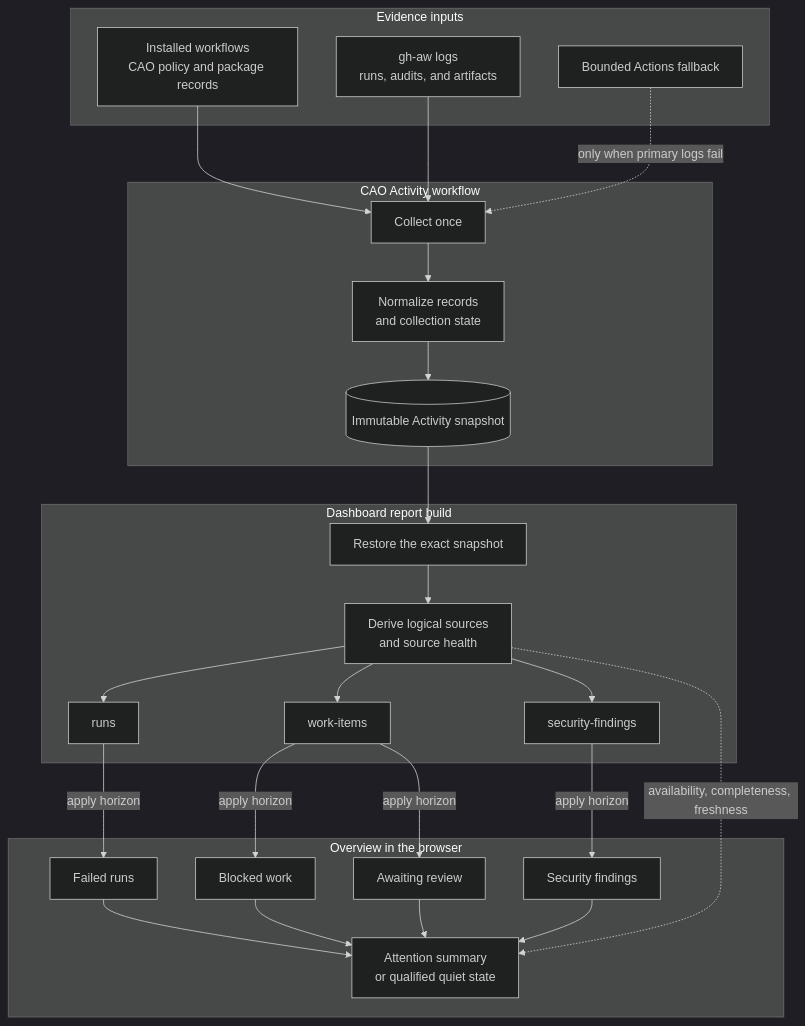
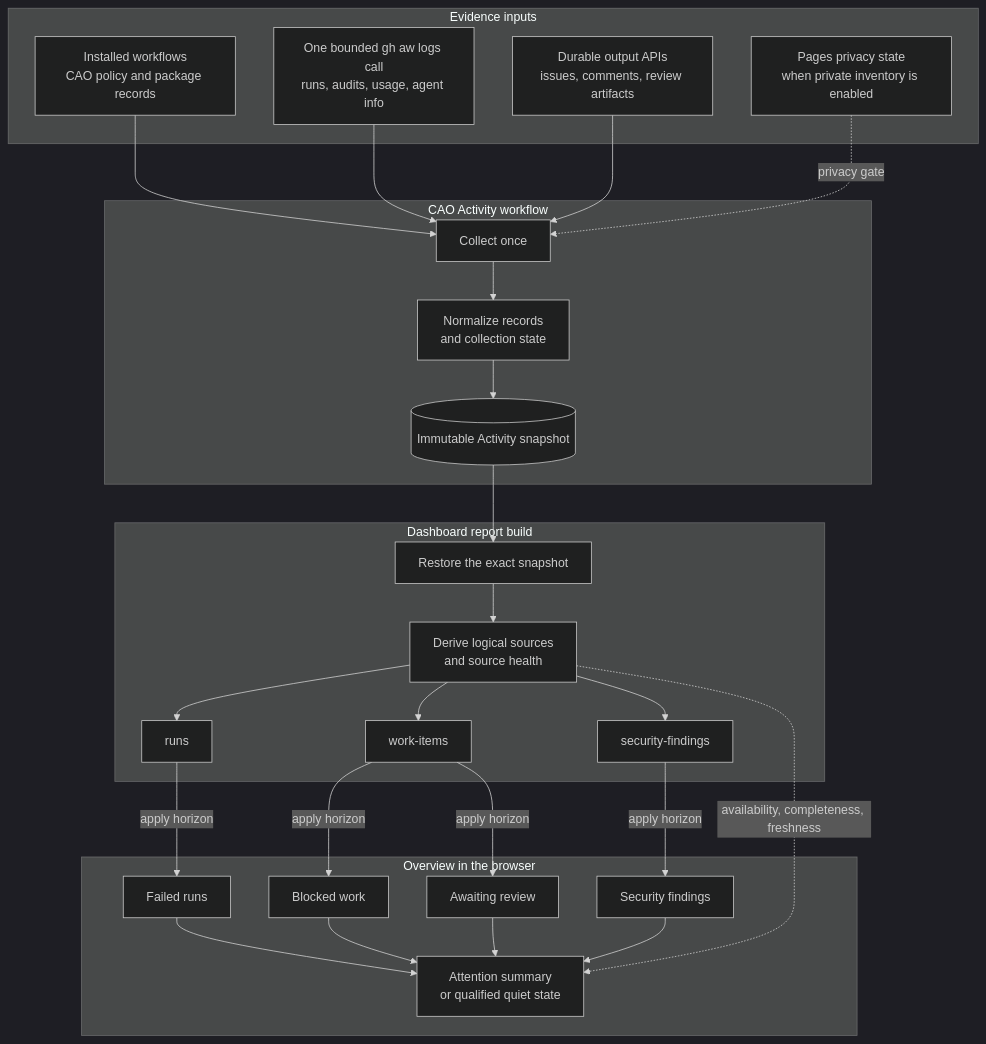
The diagram in docs/activity.md (githubnext/gh-aw-cao), drawn with Mermaid (dark theme) before and after one commit. The commit also changed other lines of this file and 13 other files, not shown here.

````diff
--- a/docs/activity.md
+++ b/docs/activity.md
@@ -23,49 +23,51 @@
 ```mermaid
 flowchart TB
   subgraph inputs[Evidence inputs]
     definitions[Installed workflows<br/>CAO policy and package records]
-    logs[gh-aw logs<br/>runs, audits, and artifacts]
-    fallback[Bounded Actions fallback]
+    logs[One bounded gh aw logs call<br/>runs, audits, usage, agent info]
+    outputs[Durable output APIs<br/>issues, comments, review artifacts]
+    privacy[Pages privacy state<br/>when private inventory is enabled]
   end
 
   subgraph activity[CAO Activity workflow]
     collect[Collect once]
     normalize[Normalize records<br/>and collection state]
     snapshot[(Immutable Activity snapshot)]
     collect --> normalize --> snapshot
   end
 
   subgraph build[Dashboard report build]
     restore[Restore the exact snapshot]
     derive[Derive logical sources<br/>and source health]
     runSource[runs]
     workSource[work-items]
     securitySource[security-findings]
     restore --> derive
     derive --> runSource
     derive --> workSource
     derive --> securitySource
   end
 
   subgraph browser[Overview in the browser]
     failed[Failed runs]
     blocked[Blocked work]
     review[Awaiting review]
     findings[Security findings]
     summary[Attention summary<br/>or qualified quiet state]
     failed --> summary
     blocked --> summary
     review --> summary
     findings --> summary
   end
 
   definitions --> collect
   logs --> collect
-  fallback -. only when primary logs fail .-> collect
+  outputs --> collect
+  privacy -. privacy gate .-> collect
   snapshot --> restore
   runSource -->|apply horizon| failed
   workSource -->|apply horizon| blocked
   workSource -->|apply horizon| review
   securitySource -->|apply horizon| findings
   derive -. availability, completeness, freshness .-> summary
 ```
````
